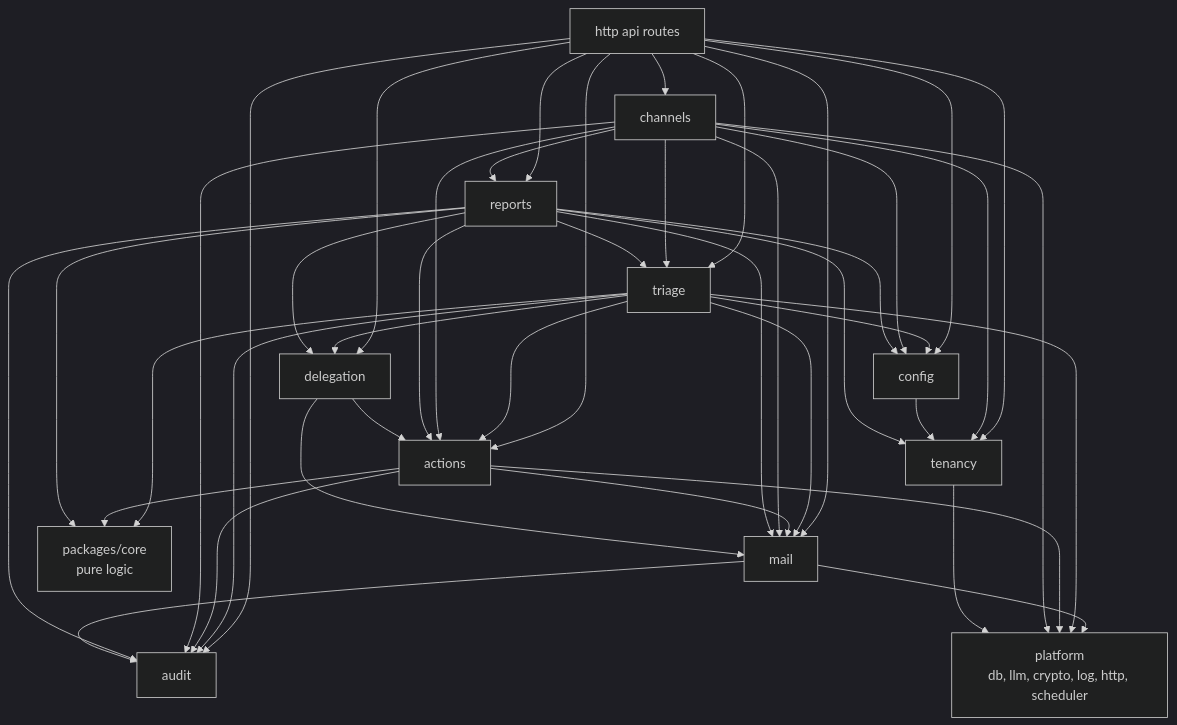
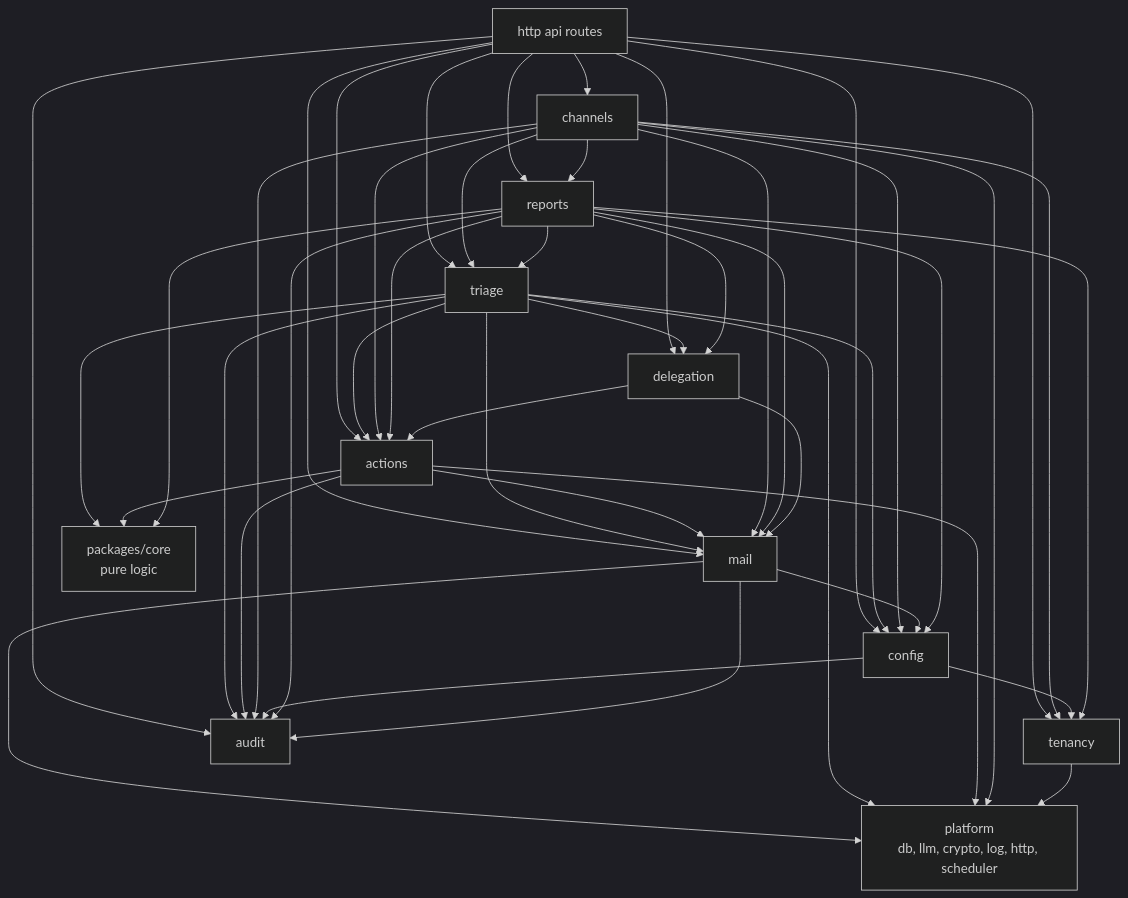
The second of 2 diagrams in docs/modules.md (Artexs/email_assistant), drawn with Mermaid (dark theme) before and after one commit. The commit also changed other lines of this file and 15 other files, not shown here.

````diff
--- a/docs/modules.md
+++ b/docs/modules.md
@@ -70,47 +72,49 @@
 ```mermaid
 graph TD
     api[http api routes] --> tenancy
     api --> mail
     api --> config
     api --> actions
     api --> audit
     api --> reports
     api --> triage
     api --> channels
     api --> delegation
     triage --> config
     triage --> mail
     triage --> core
     triage --> delegation
     triage --> actions
     triage --> audit
     actions --> mail
     actions --> audit
     actions --> core
     channels --> actions
     channels --> reports
     channels --> triage
     channels --> tenancy
     channels --> mail
     channels --> config
     channels --> audit
     config --> tenancy
+    config --> audit
+    mail --> config
     reports --> tenancy
     reports --> actions
     reports --> triage
     reports --> delegation
     reports --> audit
     reports --> mail
     reports --> config
     reports --> core
     delegation --> actions
     delegation --> mail
     mail --> audit
     mail --> platform
     triage --> platform
     actions --> platform
     channels --> platform
     tenancy --> platform
     core[packages/core<br/>pure logic]
     platform[platform<br/>db, llm, crypto, log, http, scheduler]
 ```
````
